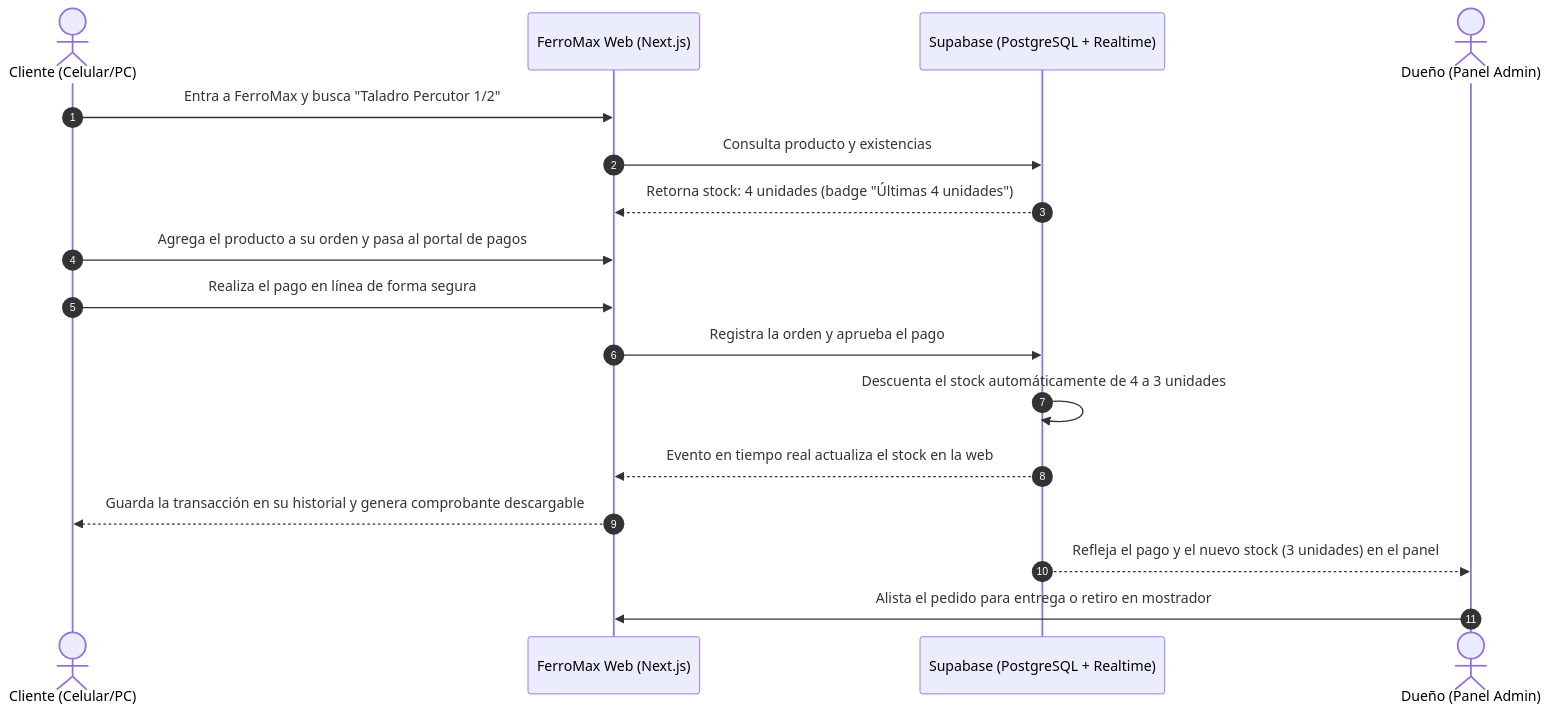
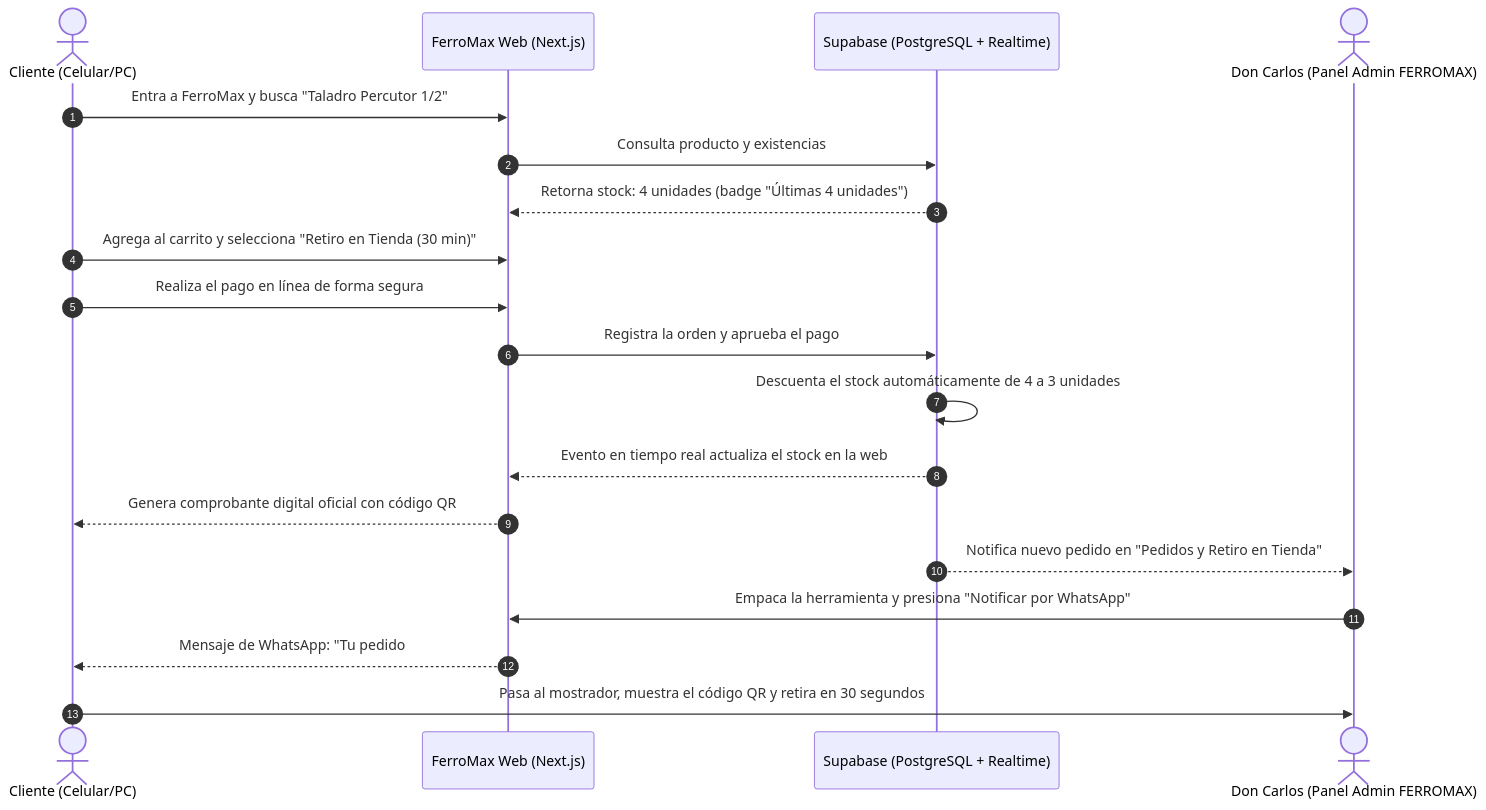
The diagram in .docs/context.md (CarlosAcosta44/FerroMax), drawn with Mermaid before and after one commit. The commit also changed other lines of this file and 21 other files, not shown here.

Commit message:
docs: update specifications, UX flows, and planning based on official UI designs

````diff
--- a/.docs/context.md
+++ b/.docs/context.md
@@ -77,20 +85,22 @@
 ```mermaid
 sequenceDiagram
     autonumber
     actor Cliente as Cliente (Celular/PC)
     participant Web as FerroMax Web (Next.js)
     participant DB as Supabase (PostgreSQL + Realtime)
-    actor Ferretero as Dueño (Panel Admin)
+    actor Ferretero as Don Carlos (Panel Admin FERROMAX)
 
     Cliente->>Web: Entra a FerroMax y busca "Taladro Percutor 1/2"
     Web->>DB: Consulta producto y existencias
     DB-->>Web: Retorna stock: 4 unidades (badge "Últimas 4 unidades")
-    Cliente->>Web: Agrega el producto a su orden y pasa al portal de pagos
+    Cliente->>Web: Agrega al carrito y selecciona "Retiro en Tienda (30 min)"
     Cliente->>Web: Realiza el pago en línea de forma segura
     Web->>DB: Registra la orden y aprueba el pago
     DB->>DB: Descuenta el stock automáticamente de 4 a 3 unidades
     DB-->>Web: Evento en tiempo real actualiza el stock en la web
-    Web-->>Cliente: Guarda la transacción en su historial y genera comprobante descargable
-    DB-->>Ferretero: Refleja el pago y el nuevo stock (3 unidades) en el panel
-    Ferretero->>Web: Alista el pedido para entrega o retiro en mostrador
+    Web-->>Cliente: Genera comprobante digital oficial con código QR
+    DB-->>Ferretero: Notifica nuevo pedido en "Pedidos y Retiro en Tienda"
+    Ferretero->>Web: Empaca la herramienta y presiona "Notificar por WhatsApp"
+    Web-->>Cliente: Mensaje de WhatsApp: "Tu pedido #FM-1024 ya está listo para retiro"
+    Cliente->>Ferretero: Pasa al mostrador, muestra el código QR y retira en 30 segundos
 ```
````
